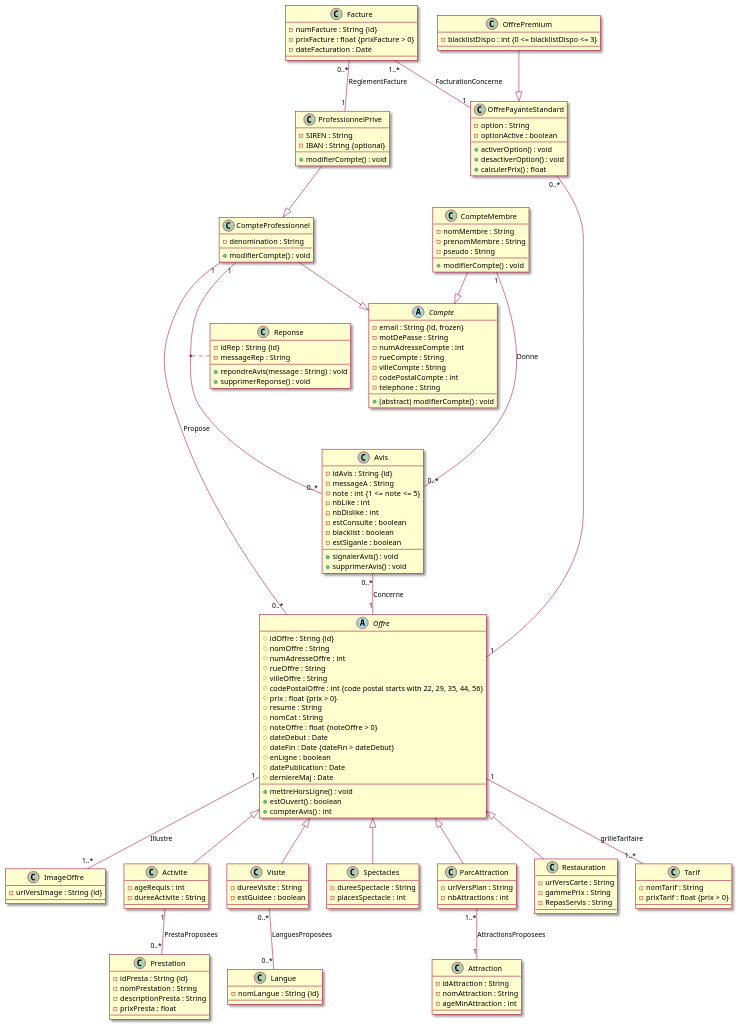
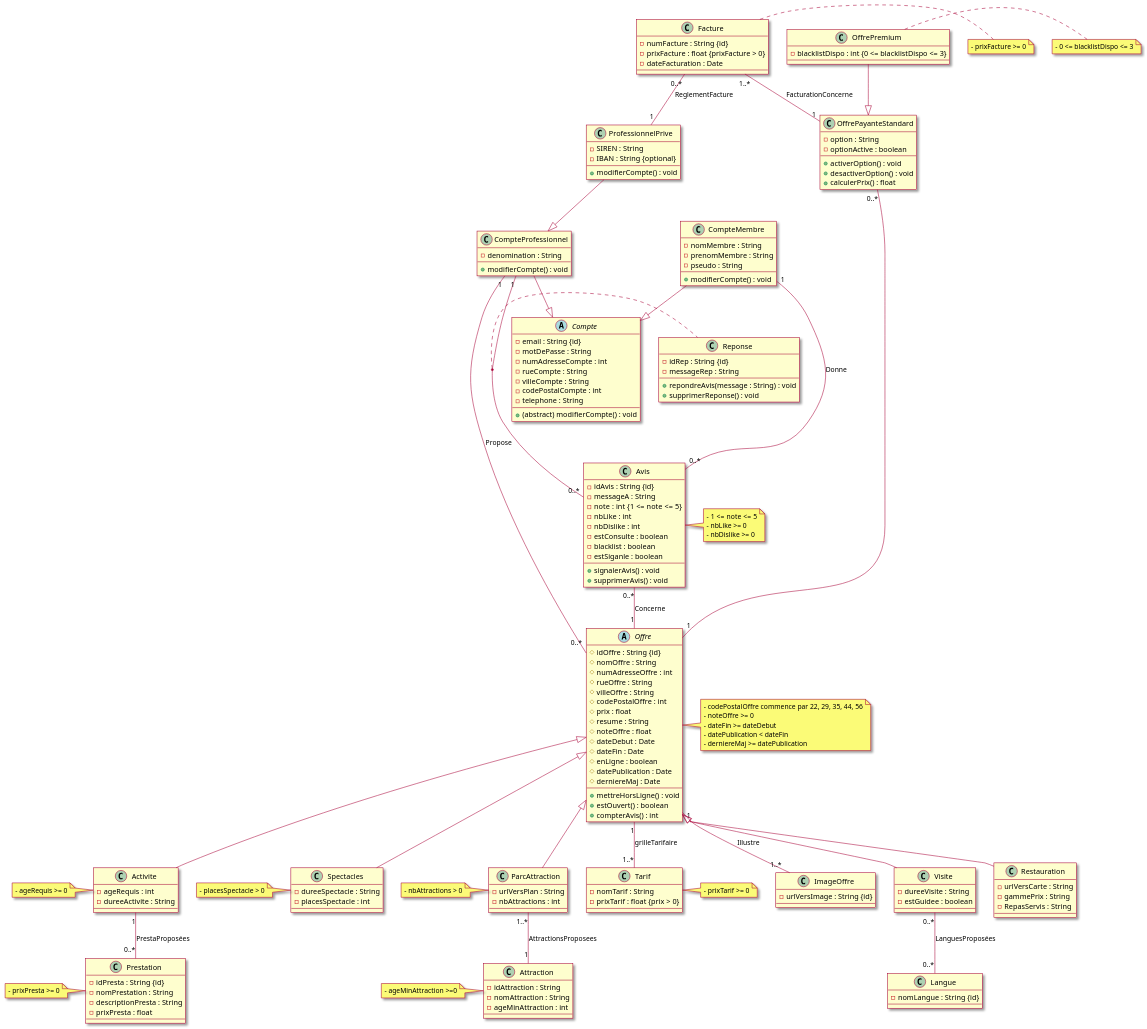
One commit to ArianeGL/c1.2-srfc changed the diagram in bdd/uml_alternatif.puml. Above: the diagram before and after it, drawn with PlantUML. The commit also changed 1 other file, not shown here.

```diff
--- a/bdd/uml_alternatif.puml
+++ b/bdd/uml_alternatif.puml
@@ -3,7 +3,7 @@
 skin rose
 
 abstract class Compte {
-  - email : String {id, frozen}
+  - email : String {id}
   - motDePasse : String
   - numAdresseCompte : int
   - rueCompte : String
@@ -43,13 +43,12 @@
   # numAdresseOffre : int
   # rueOffre : String
   # villeOffre : String
-  # codePostalOffre : int {code postal starts with 22, 29, 35, 44, 56}
-  # prix : float {prix > 0}
+  # codePostalOffre : int
+  # prix : float
   # resume : String
-  # nomCat : String
-  # noteOffre : float {noteOffre > 0}
+  # noteOffre : float
   # dateDebut : Date
-  # dateFin : Date {dateFin > dateDebut}
+  # dateFin : Date
   # enLigne : boolean
   # datePublication : Date
   # derniereMaj : Date
@@ -57,6 +56,14 @@
   + estOuvert() : boolean
   + compterAvis() : int
 }
+
+note right of Offre
+- codePostalOffre commence par 22, 29, 35, 44, 56
+- noteOffre >= 0
+- dateFin >= dateDebut
+- datePublication < dateFin
+- derniereMaj >= datePublication
+end note
 
 class ImageOffre {
   - urlVersImage : String {id}
@@ -68,6 +75,7 @@
   - ageRequis : int
   - dureeActivite : String
 }
+note left of Activite:- ageRequis >= 0
 
 class Prestation {
   - idPresta : String {id}
@@ -75,6 +83,7 @@
   - descriptionPresta : String
   - prixPresta : float
 }
+note left of Prestation:- prixPresta >= 0
 
 Activite "1" -- "0..*" Prestation : PrestaProposées
 
@@ -94,17 +103,20 @@
   - placesSpectacle : int
   
 }
+note left of Spectacles:- placesSpectacle > 0
 
 class ParcAttraction {
   - urlVersPlan : String
   - nbAttractions : int
 }
+note left of ParcAttraction:- nbAttractions > 0
 
 class Attraction {
   - idAttraction : String
   - nomAttraction : String
   - ageMinAttraction : int
 }
+note left of Attraction:- ageMinAttraction >=0
 
 ParcAttraction "1..*" -- "1" Attraction : AttractionsProposees
 
@@ -132,6 +144,7 @@
   - nomTarif : String
   - prixTarif : float {prix > 0}
 }
+note right of Tarif:- prixTarif >= 0
 
 Offre "1" -- "1..*" Tarif : grilleTarifaire
 
@@ -139,6 +152,7 @@
 class OffrePremium {
   - blacklistDispo : int {0 <= blacklistDispo <= 3}
 }
+note right of OffrePremium:- 0 <= blacklistDispo <= 3
 
 OffrePayanteStandard "0..*" -- "1" Offre
 OffrePremium --|> OffrePayanteStandard
@@ -156,6 +170,11 @@
   + signalerAvis() : void
   + supprimerAvis() : void
 }
+note right of Avis
+- 1  <= note <= 5
+- nbLike >= 0
+- nbDislike >= 0
+end note
 
 class Reponse {
   - idRep : String {id}
@@ -176,6 +195,7 @@
   - prixFacture : float {prixFacture > 0}
   - dateFacturation : Date
 }
+note right of Facture:- prixFacture >= 0
 
 Facture "1..*" -- "1" OffrePayanteStandard: FacturationConcerne
 Facture "0..*" -- "1" ProfessionnelPrive : ReglementFacture
```
